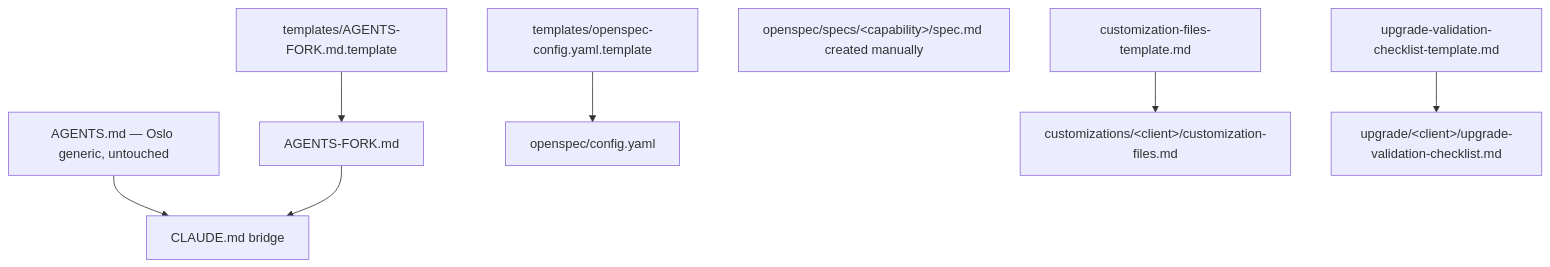
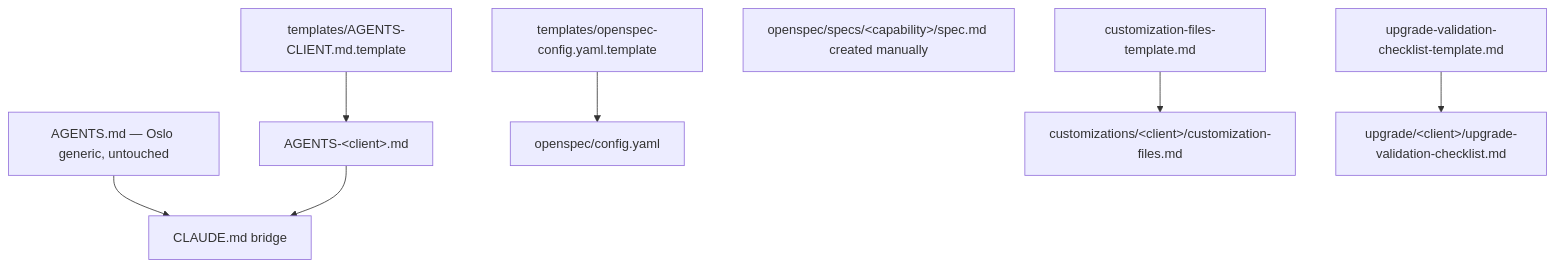
Before and after one commit to EyeSeeTea/dhis2-android-capture-app: the second of 6 diagrams in eyeseetea-docs/README.md, drawn with Mermaid. The commit also changed other lines of this file and 3 other files, not shown here.

First line of the commit message:
docs: rename AGENTS-FORK.md to per-client AGENTS-<client>.md

````diff
--- a/eyeseetea-docs/README.md
+++ b/eyeseetea-docs/README.md
@@ -60,10 +60,10 @@
 ```mermaid
 flowchart TD
-    agentsForkTemplate[templates/AGENTS-FORK.md.template] --> agentsFork[AGENTS-FORK.md]
+    agentsClientTemplate[templates/AGENTS-CLIENT.md.template] --> agentsClient[AGENTS-&lt;client&gt;.md]
     agentsOslo[AGENTS.md — Oslo generic, untouched] --> claudeMd[CLAUDE.md bridge]
-    agentsFork --> claudeMd
+    agentsClient --> claudeMd
     openspecTemplate[templates/openspec-config.yaml.template] --> openspecConfig[openspec/config.yaml]
     clientSpecs[openspec/specs/&lt;capability&gt;/spec.md created manually]
     templateFiles[customization-files-template.md] --> clientFiles[customizations/&lt;client&gt;/customization-files.md]
     templateChecklist[upgrade-validation-checklist-template.md] --> clientChecklist[upgrade/&lt;client&gt;/upgrade-validation-checklist.md]
 ```
````
